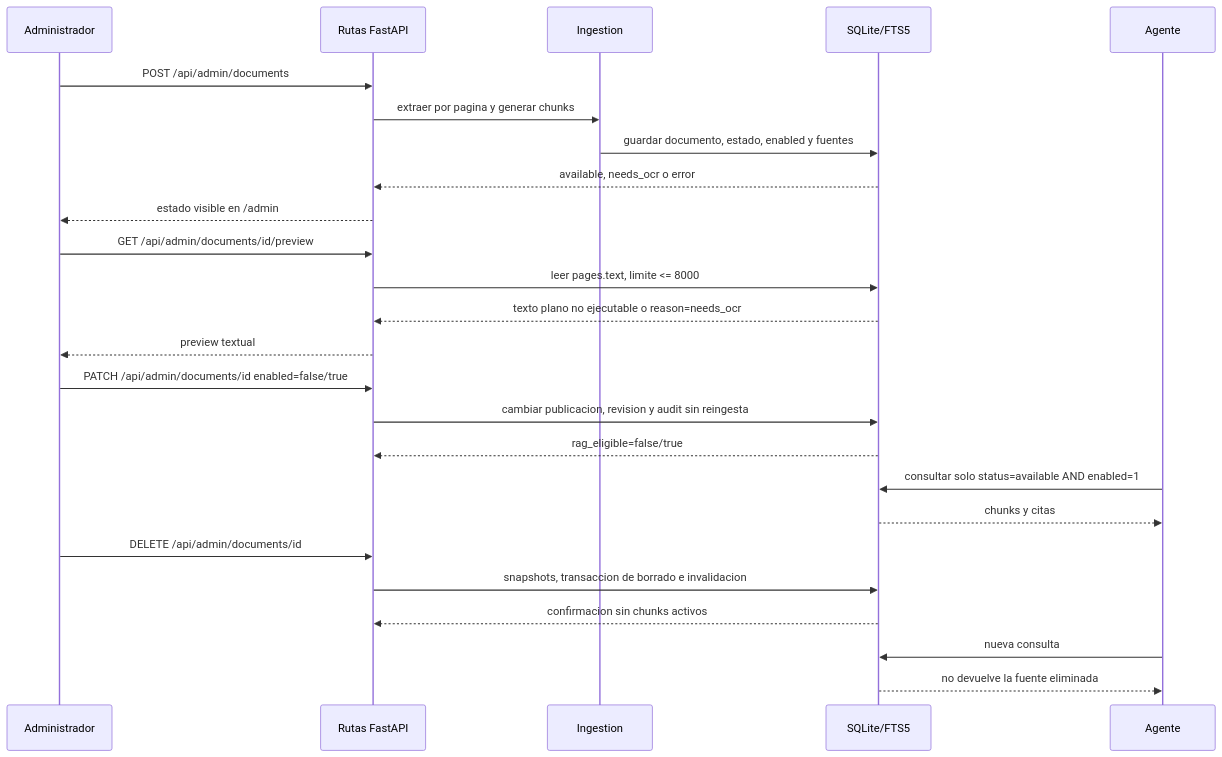
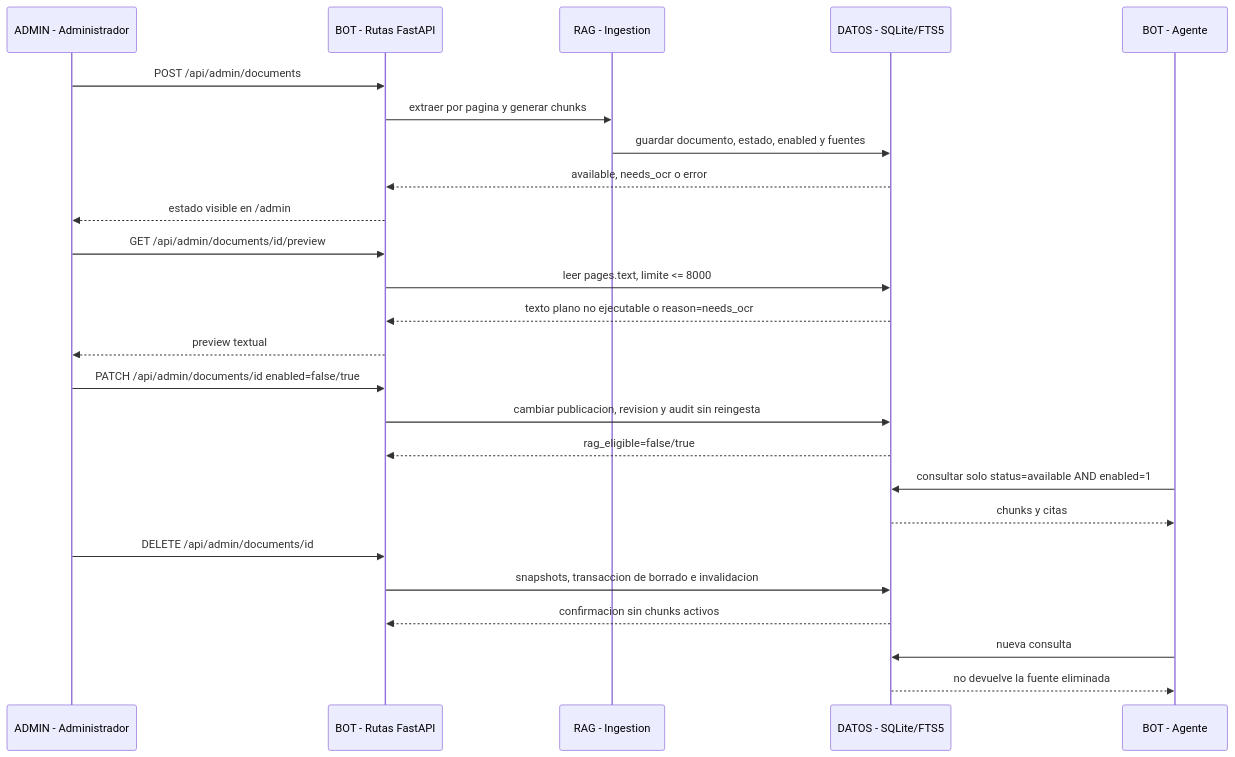
One commit to JhofredCam/TechSphereChallenge changed the third of 3 diagrams in docs/arquitectura.md. Above: the diagram before and after it, drawn with Mermaid. The commit also changed other lines of this file and 2 other files, not shown here.

Commit message:
docs(architecture): fix and style Mermaid diagrams

````diff
--- a/docs/arquitectura.md
+++ b/docs/arquitectura.md
@@ -197,28 +216,28 @@
 ```mermaid
 sequenceDiagram
-    participant U as Administrador
-    participant R as Rutas FastAPI
-    participant I as Ingestion
-    participant D as SQLite/FTS5
-    participant A as Agente
+    participant U as ADMIN - Administrador
+    participant R as BOT - Rutas FastAPI
+    participant I as RAG - Ingestion
+    participant D as DATOS - SQLite/FTS5
+    participant A as BOT - Agente
 
     U->>R: POST /api/admin/documents
     R->>I: extraer por pagina y generar chunks
     I->>D: guardar documento, estado, enabled y fuentes
     D-->>R: available, needs_ocr o error
     R-->>U: estado visible en /admin
     U->>R: GET /api/admin/documents/id/preview
     R->>D: leer pages.text, limite <= 8000
     D-->>R: texto plano no ejecutable o reason=needs_ocr
     R-->>U: preview textual
     U->>R: PATCH /api/admin/documents/id enabled=false/true
     R->>D: cambiar publicacion, revision y audit sin reingesta
     D-->>R: rag_eligible=false/true
     A->>D: consultar solo status=available AND enabled=1
     D-->>A: chunks y citas
     U->>R: DELETE /api/admin/documents/id
     R->>D: snapshots, transaccion de borrado e invalidacion
     D-->>R: confirmacion sin chunks activos
     A->>D: nueva consulta
     D-->>A: no devuelve la fuente eliminada
 ```
````
